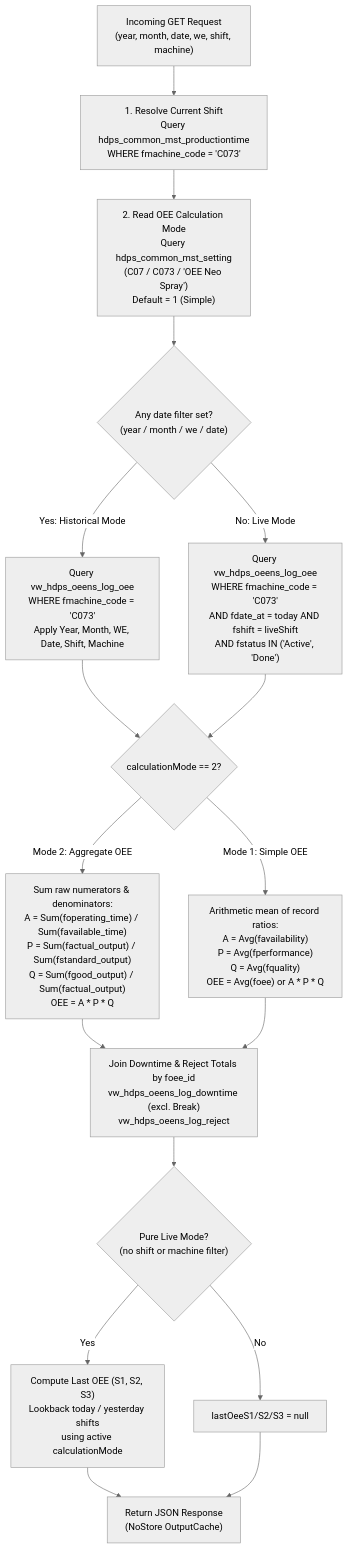
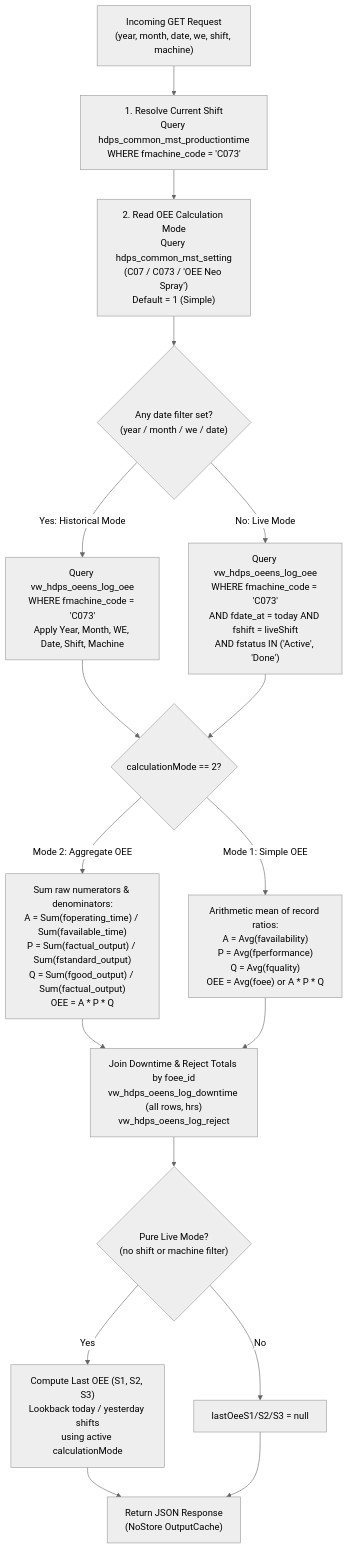
Before and after one commit to 12abdullahc/abdullahc: the third of 5 diagrams in docs/hdp-oee-neo-spray/system-architecture.md, drawn with Mermaid (neutral theme). The commit also changed other lines of this file and 7 other files, not shown here.

````diff
--- a/docs/hdp-oee-neo-spray/system-architecture.md
+++ b/docs/hdp-oee-neo-spray/system-architecture.md
@@ -132,26 +132,26 @@
 ```mermaid
 flowchart TD
     Req["Incoming GET Request<br/>(year, month, date, we, shift, machine)"]
     Req --> ShiftLookup["1. Resolve Current Shift<br/>Query hdps_common_mst_productiontime<br/>WHERE fmachine_code = 'C073'"]
     ShiftLookup --> ModeLookup["2. Read OEE Calculation Mode<br/>Query hdps_common_mst_setting<br/>(C07 / C073 / 'OEE Neo Spray')<br/>Default = 1 (Simple)"]
     ModeLookup --> CheckHist{"Any date filter set?<br/>(year / month / we / date)"}
 
     CheckHist -- "Yes: Historical Mode" --> HistQ["Query vw_hdps_oeens_log_oee<br/>WHERE fmachine_code = 'C073'<br/>Apply Year, Month, WE, Date, Shift, Machine"]
     CheckHist -- "No: Live Mode" --> LiveQ["Query vw_hdps_oeens_log_oee<br/>WHERE fmachine_code = 'C073'<br/>AND fdate_at = today AND fshift = liveShift<br/>AND fstatus IN ('Active', 'Done')"]
 
     HistQ --> CalcBranch{"calculationMode == 2?"}
     LiveQ --> CalcBranch
 
     CalcBranch -- "Mode 2: Aggregate OEE" --> Agg["Sum raw numerators & denominators:<br/>A = Sum(foperating_time) / Sum(favailable_time)<br/>P = Sum(factual_output) / Sum(fstandard_output)<br/>Q = Sum(fgood_output) / Sum(factual_output)<br/>OEE = A * P * Q"]
     CalcBranch -- "Mode 1: Simple OEE" --> Simple["Arithmetic mean of record ratios:<br/>A = Avg(favailability)<br/>P = Avg(fperformance)<br/>Q = Avg(fquality)<br/>OEE = Avg(foee) or A * P * Q"]
 
-    Agg --> AuxData["Join Downtime & Reject Totals by foee_id<br/>vw_hdps_oeens_log_downtime (excl. Break)<br/>vw_hdps_oeens_log_reject"]
+    Agg --> AuxData["Join Downtime & Reject Totals by foee_id<br/>vw_hdps_oeens_log_downtime (all rows, hrs)<br/>vw_hdps_oeens_log_reject"]
     Simple --> AuxData
 
     AuxData --> PureLive{"Pure Live Mode?<br/>(no shift or machine filter)"}
     PureLive -- "Yes" --> LastOEE["Compute Last OEE (S1, S2, S3)<br/>Lookback today / yesterday shifts<br/>using active calculationMode"]
     PureLive -- "No" --> NullLast["lastOeeS1/S2/S3 = null"]
 
     LastOEE --> JsonOut["Return JSON Response<br/>(NoStore OutputCache)"]
     NullLast --> JsonOut
 ```
````
